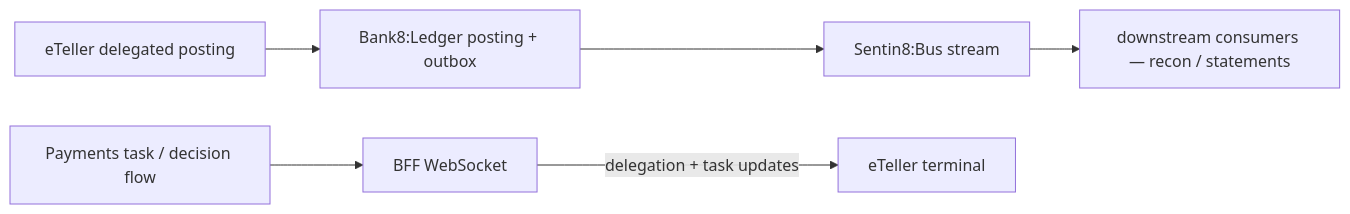
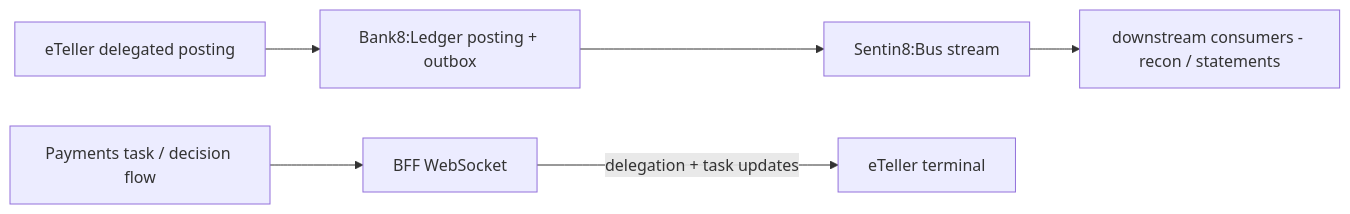
One commit to Bank8-dev/bank8-site changed the fifth of 6 diagrams in docs/apps/eteller/design.md. Above: the diagram before and after it, drawn with Mermaid. The commit also changed other lines of this file and 53 other files, not shown here.

````diff
--- a/docs/apps/eteller/design.md
+++ b/docs/apps/eteller/design.md
@@ -167,8 +167,8 @@
 ```mermaid
 flowchart LR
     OP[eTeller delegated posting] --> LEDX[Bank8:Ledger posting + outbox]
     LEDX --> BUS[Sentin8:Bus stream]
-    BUS --> CON[downstream consumers — recon / statements]
+    BUS --> CON[downstream consumers - recon / statements]
     DEC[Payments task / decision flow] --> WS[BFF WebSocket]
     WS -->|delegation + task updates| ET[eTeller terminal]
 ```
````
